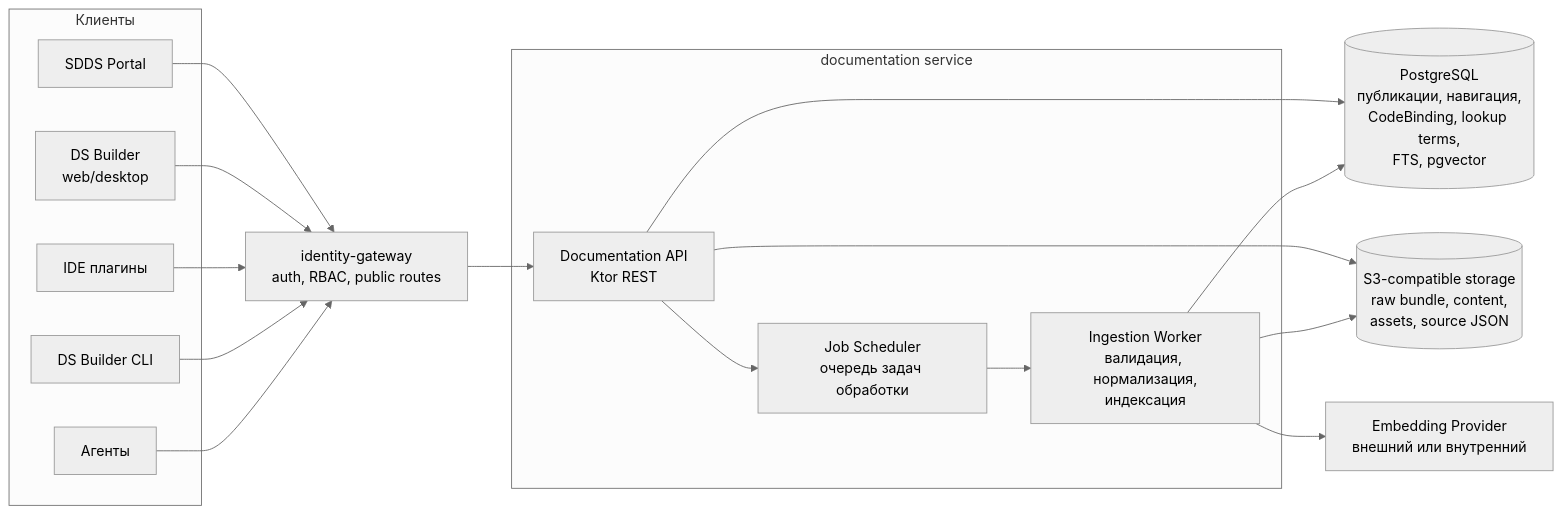
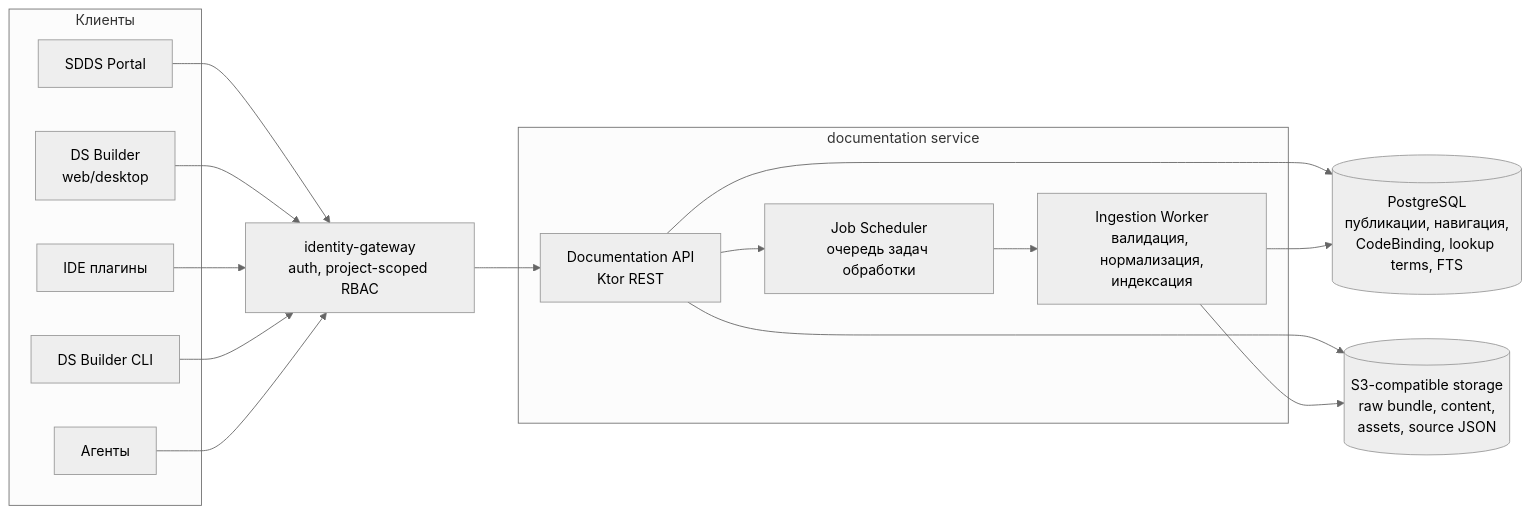
One commit to salute-developers/design-system-builder changed the second of 6 diagrams in openspec/architecture/ADR-0002-documentation.md. Above: the diagram before and after it, drawn with Mermaid (neutral theme). The commit also changed other lines of this file and 201 other files, not shown here.

````diff
--- a/openspec/architecture/ADR-0002-documentation.md
+++ b/openspec/architecture/ADR-0002-documentation.md
@@ -132,38 +136,36 @@
 ```mermaid
 flowchart LR
     subgraph Clients["Клиенты"]
         Portal["SDDS Portal"]
         Builder["DS Builder\nweb/desktop"]
         Ide["IDE плагины"]
         Cli["DS Builder CLI"]
         Agents["Агенты"]
     end
 
-    Gateway["identity-gateway\nauth, RBAC, public routes"]
+    Gateway["identity-gateway\nauth, project-scoped RBAC"]
 
     subgraph DocumentationService["documentation service"]
         Api["Documentation API\nKtor REST"]
         Worker["Ingestion Worker\nвалидация, нормализация,\nиндексация"]
         Scheduler["Job Scheduler\nочередь задач обработки"]
     end
 
-    Postgres[("PostgreSQL\nпубликации, навигация,\nCodeBinding, lookup terms,\nFTS, pgvector")]
+    Postgres[("PostgreSQL\nпубликации, навигация,\nCodeBinding, lookup terms, FTS")]
     ObjectStorage[("S3-compatible storage\nraw bundle, content,\nassets, source JSON")]
-    EmbeddingProvider["Embedding Provider\nвнешний или внутренний"]
 
     Portal --> Gateway
     Builder --> Gateway
     Ide --> Gateway
     Cli --> Gateway
     Agents --> Gateway
 
     Gateway --> Api
     Api --> Postgres
     Api --> ObjectStorage
     Api --> Scheduler
 
     Scheduler --> Worker
     Worker --> Postgres
     Worker --> ObjectStorage
-    Worker --> EmbeddingProvider
 ```
````
